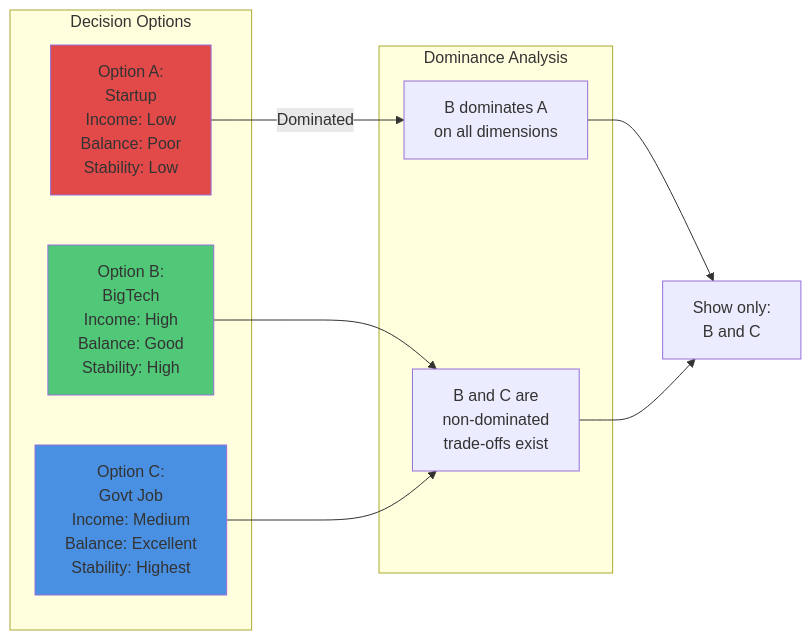
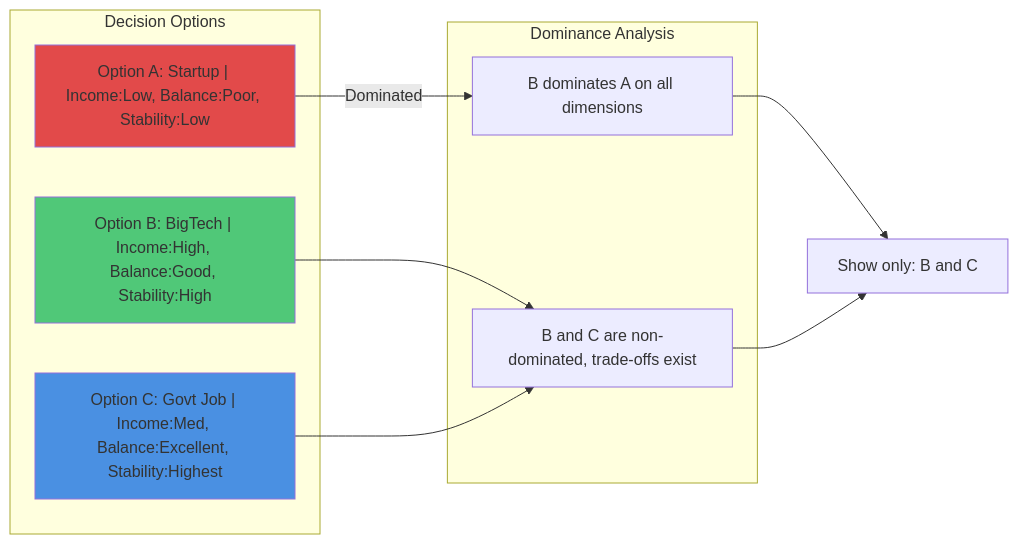
One commit to Nishant-coder-cpu/testing changed diagram 11 of 20 in ldc_flowcharts.md. Above: the diagram before and after it, drawn with Mermaid. The commit also changed other lines of this file, not shown here.

````diff
--- a/ldc_flowcharts.md
+++ b/ldc_flowcharts.md
@@ -585,24 +582,24 @@
 ```mermaid
 graph LR
     subgraph "Decision Options"
-        A[Option A:<br/>Startup<br/>Income: Low<br/>Balance: Poor<br/>Stability: Low]
-        B[Option B:<br/>BigTech<br/>Income: High<br/>Balance: Good<br/>Stability: High]
-        C[Option C:<br/>Govt Job<br/>Income: Medium<br/>Balance: Excellent<br/>Stability: Highest]
+        A["Option A: Startup | Income:Low, Balance:Poor, Stability:Low"]
+        B["Option B: BigTech | Income:High, Balance:Good, Stability:High"]
+        C["Option C: Govt Job | Income:Med, Balance:Excellent, Stability:Highest"]
     end
     
     subgraph "Dominance Analysis"
-        DOM[B dominates A<br/>on all dimensions]
-        NDOM[B and C are<br/>non-dominated<br/>trade-offs exist]
+        DOM["B dominates A on all dimensions"]
+        NDOM["B and C are non-dominated, trade-offs exist"]
     end
     
     A -->|Dominated| DOM
     B --> NDOM
     C --> NDOM
     
-    DOM --> OUTPUT[Show only:<br/>B and C]
+    DOM --> OUTPUT["Show only: B and C"]
     NDOM --> OUTPUT
     
     style B fill:#50C878
     style C fill:#4A90E2
     style A fill:#E24A4A
 ```
````
